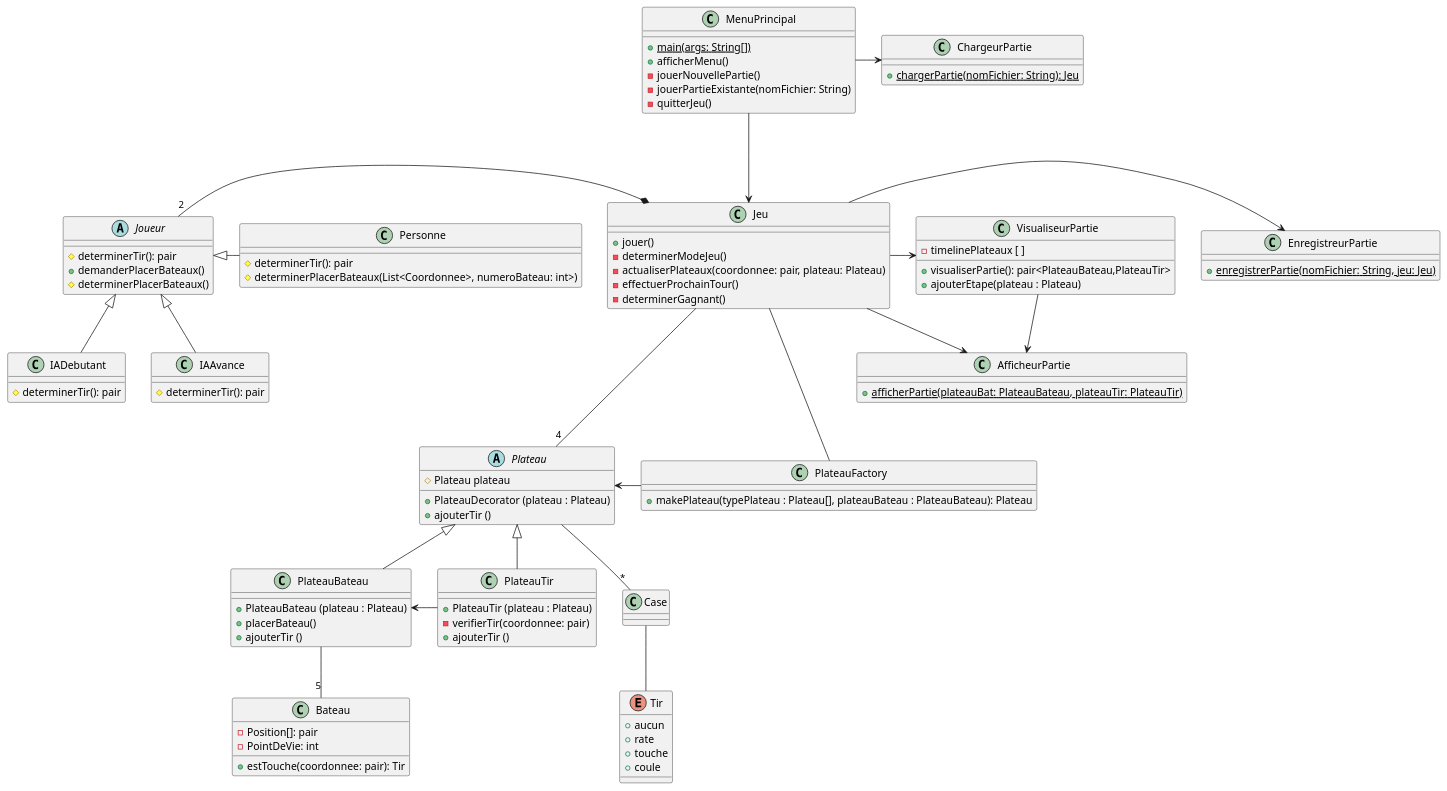
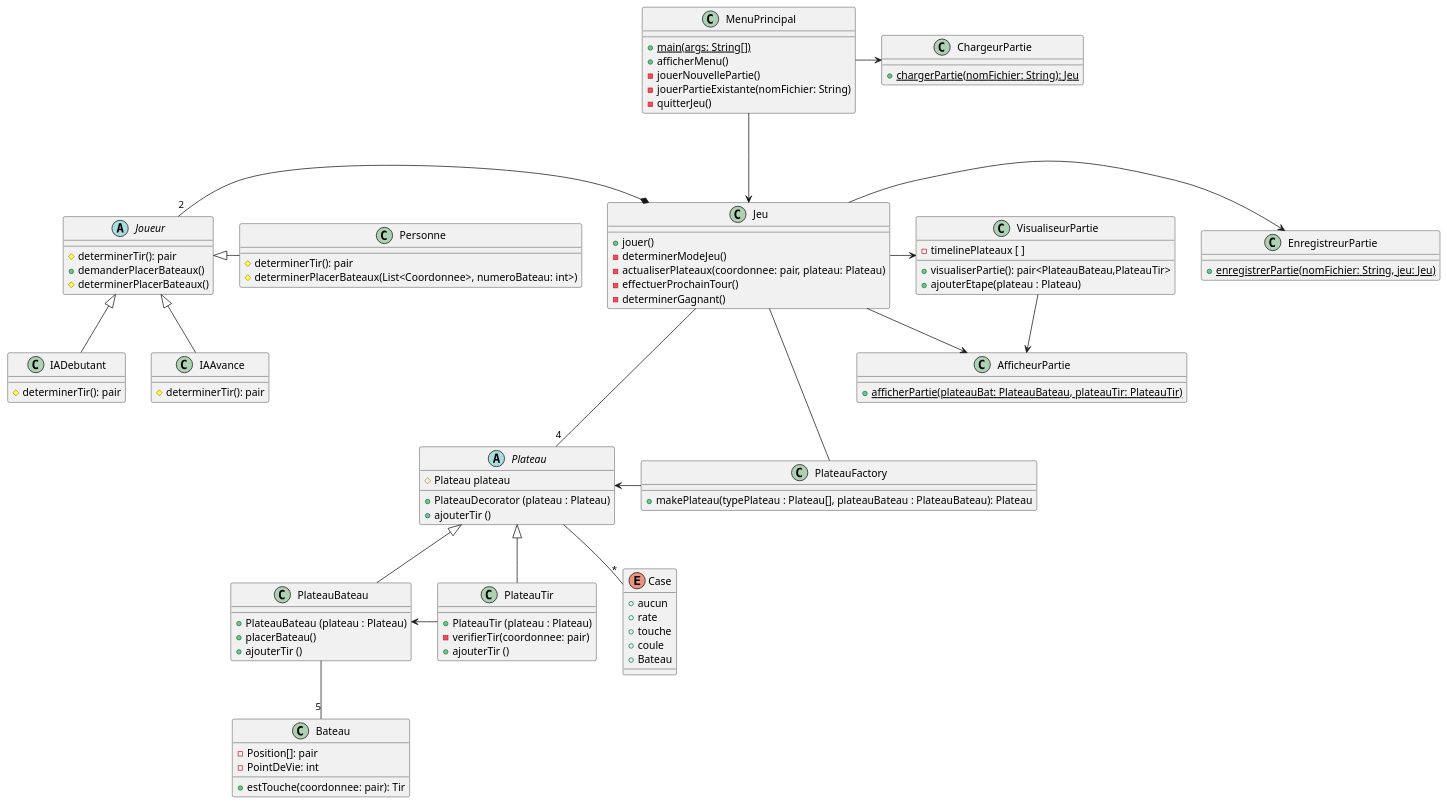
One commit to Patroklos99/5153_TP2-Battleship-AI-Pattern-Conception_Engineering2 changed the diagram in diagrammes_conception/diagrammes_patrons/classes_factory.puml. Above: the diagram before and after it, drawn with PlantUML. The commit also changed 1 other file, not shown here.

Commit message:
Modif et delete enum et methodes du diagramme

```diff
--- a/diagrammes_conception/diagrammes_patrons/classes_factory.puml
+++ b/diagrammes_conception/diagrammes_patrons/classes_factory.puml
@@ -1,113 +1,110 @@
 @startuml
 class PlateauFactory{
     + makePlateau(typePlateau : Plateau[], plateauBateau : PlateauBateau): Plateau
 }
 
 abstract class Plateau {
     # Plateau plateau
     + PlateauDecorator (plateau : Plateau)
     + ajouterTir ()
 }
 
 
 abstract class Joueur{
     # determinerTir(): pair
     + demanderPlacerBateaux()
     # determinerPlacerBateaux()
 }
 
 class MenuPrincipal{
     + {static} main(args: String[])
     + afficherMenu()
     - jouerNouvellePartie()
     - jouerPartieExistante(nomFichier: String)
     - quitterJeu()
 }
 
 class Jeu {
     + jouer()
     - determinerModeJeu()
     - actualiserPlateaux(coordonnee: pair, plateau: Plateau)
     - effectuerProchainTour()
     - determinerGagnant()
 }
 
 class PlateauBateau {
     + PlateauBateau (plateau : Plateau)
     + placerBateau()
     + ajouterTir ()
 }
 
 class PlateauTir {
     + PlateauTir (plateau : Plateau)
     - verifierTir(coordonnee: pair)
     + ajouterTir ()
 }
 
 class Bateau {
     - Position[]: pair
     - PointDeVie: int
     + estTouche(coordonnee: pair): Tir
 }
 
-class Case {
-}
-
-enum Tir {
+enum Case {
     + aucun
     + rate
     + touche
     + coule
+    + Bateau
 }
 
 class IADebutant {
     # determinerTir(): pair
 }
 
 class IAAvance{
     # determinerTir(): pair
 }
 
 class ChargeurPartie {
     + {static} chargerPartie(nomFichier: String): Jeu
 }
 
 class VisualiseurPartie {
     - timelinePlateaux [ ]
     + visualiserPartie(): pair<PlateauBateau,PlateauTir>
     + ajouterEtape(plateau : Plateau)
 }
 
 class AfficheurPartie {
     + {static} afficherPartie(plateauBat: PlateauBateau, plateauTir: PlateauTir)
 }
 
 class EnregistreurPartie {
     + {static} enregistrerPartie(nomFichier: String, jeu: Jeu)
 }
 
 class Personne {
     # determinerTir(): pair
     # determinerPlacerBateaux(List<Coordonnee>, numeroBateau: int>)
 }
 
 PlateauBateau -- "5" Bateau
 Plateau <|-- PlateauBateau
 Plateau <|-- PlateauTir
 Jeu -right-> EnregistreurPartie
 Jeu -right-> VisualiseurPartie
 Jeu -right-> AfficheurPartie
 MenuPrincipal -> ChargeurPartie
 MenuPrincipal ---> Jeu
 Jeu --- "4" Plateau
 Plateau -down- "*" Case
-Case -- Tir
 Joueur <|-right- Personne
 Joueur <|-down- IADebutant
 Joueur <|-down- IAAvance
 Jeu *-left-- "2" Joueur
 PlateauBateau <- PlateauTir
 VisualiseurPartie --> AfficheurPartie
 PlateauFactory -left-> Plateau
 Jeu --  PlateauFactory
 @enduml
```
